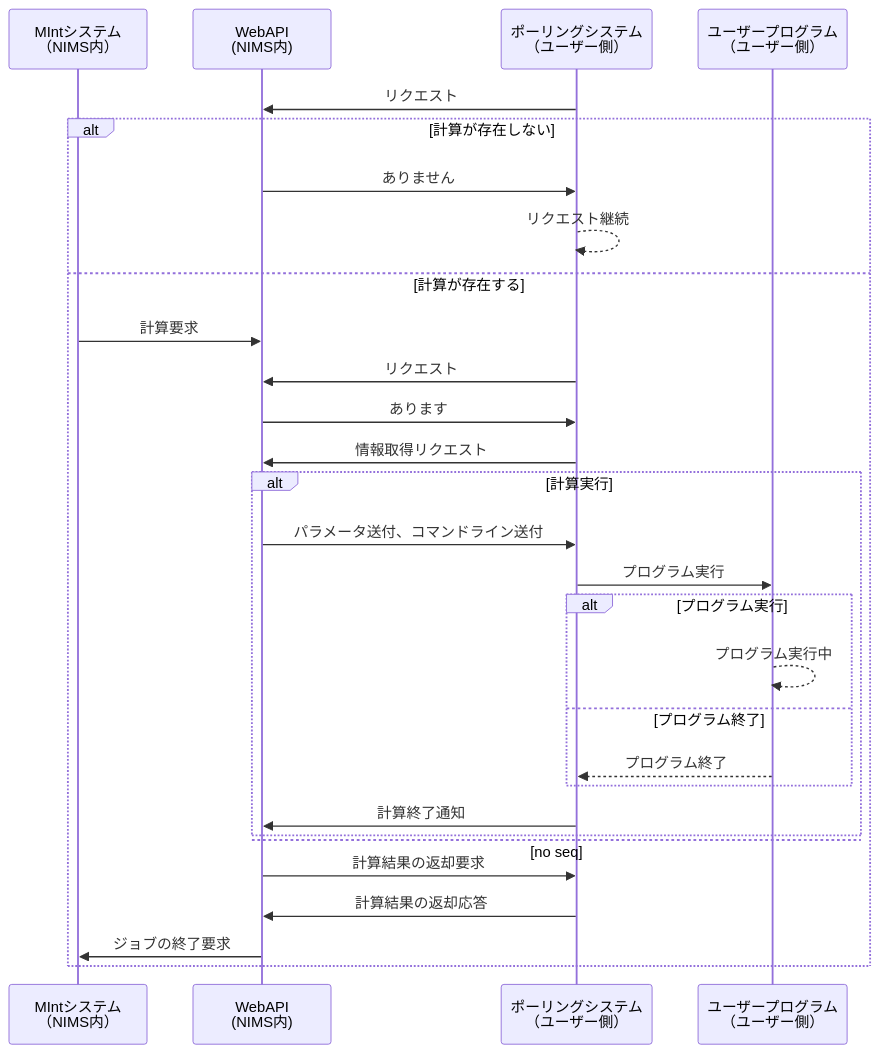
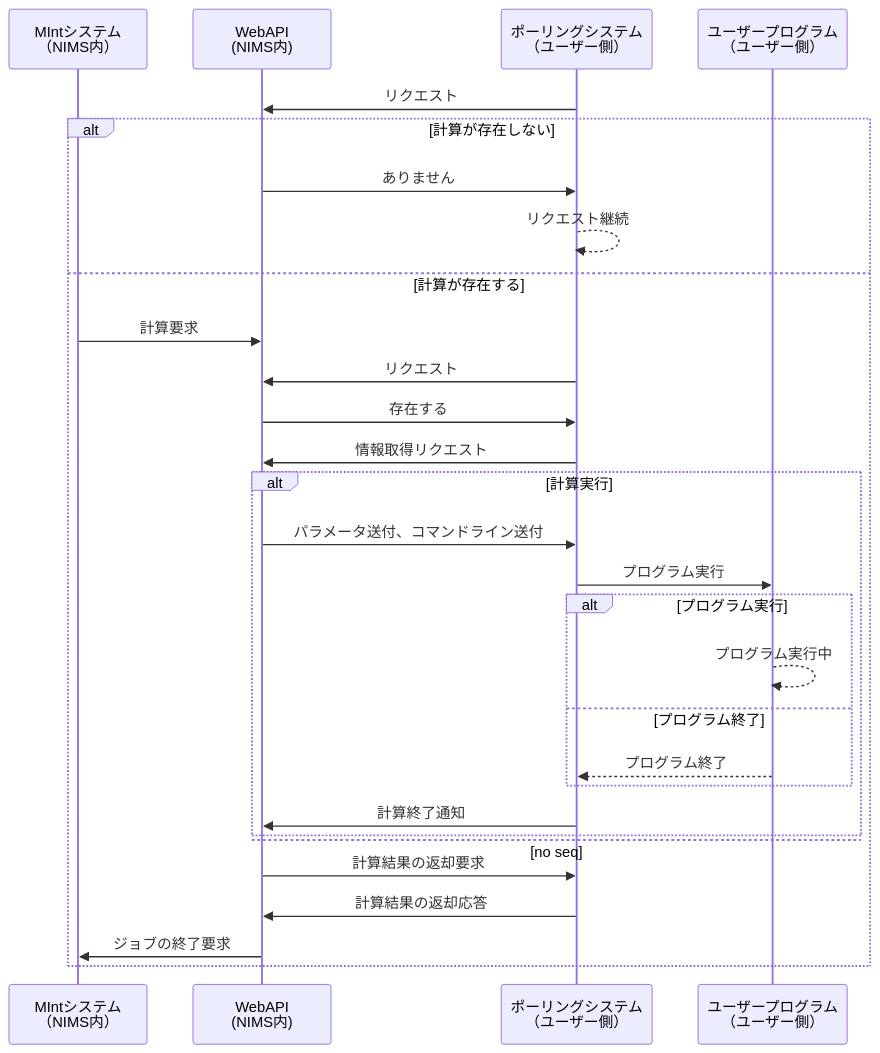
One commit to materialsintegration/remote_workflow changed the third of 4 diagrams in documents/manual2nd/source/using_distributed_properties.rst. Above: the diagram before and after it, drawn with Mermaid. The commit also changed other lines of this file and 7 other files, not shown here.

```diff
--- a/documents/manual2nd/source/using_distributed_properties.rst
+++ b/documents/manual2nd/source/using_distributed_properties.rst
@@ -321,36 +334,36 @@
 .. mermaid::
    :caption: ポーリングシステムの流れ
    :align: center
 
    sequenceDiagram;
 
    participant A as MIntシステム<BR>（NIMS内）
    participant B as WebAPI<BR>(NIMS内)
    participant C as ポーリングシステム<BR>（ユーザー側）
    participant D as ユーザープログラム<BR>（ユーザー側）
 
 
    C->>B:リクエスト
      alt 計算が存在しない
        B->>C:ありません
        C -->> C:リクエスト継続
      else 計算が存在する
        A->>B:計算要求
        C->>B:リクエスト
-       B->>C:あります
+       B->>C:存在する
        C->>B:情報取得リクエスト
        alt 計算実行
          B->>C:パラメータ送付、コマンドライン送付
          C->>D:プログラム実行
          alt プログラム実行
            D -->> D:プログラム実行中
          else プログラム終了
            D -->> C:プログラム終了
          end
          C->>B:計算終了通知
        else no seq
        end
        B->>C:計算結果の返却要求
        C->>B:計算結果の返却応答
        B->>A:ジョブの終了要求
      end
```
